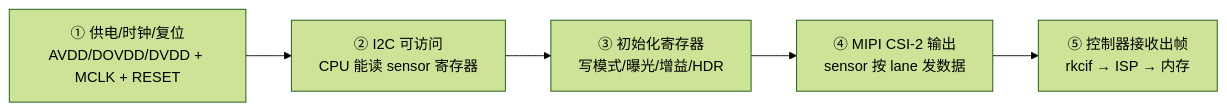
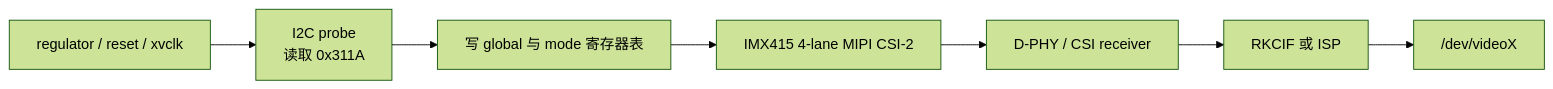
One commit to cdragon-ljl/EEandEdgeAI changed the diagram in docs/articles/video-audio/av-05-sensor-driver-dts-lighting-up-camera.md. Above: the diagram before and after it, drawn with Mermaid (forest theme). The commit also changed other lines of this file and 11 other files, not shown here.

````diff
--- a/docs/articles/video-audio/av-05-sensor-driver-dts-lighting-up-camera.md
+++ b/docs/articles/video-audio/av-05-sensor-driver-dts-lighting-up-camera.md
@@ -24,7 +26,9 @@
 ```mermaid
 flowchart LR
-    A["① 供电/时钟/复位<br>AVDD/DOVDD/DVDD + MCLK + RESET"] --> B["② I2C 可访问<br>CPU 能读 sensor 寄存器"]
-    B --> C["③ 初始化寄存器<br>写模式/曝光/增益/HDR"]
-    C --> D["④ MIPI CSI-2 输出<br>sensor 按 lane 发数据"]
-    D --> E["⑤ 控制器接收出帧<br>rkcif → ISP → 内存"]
+    P[regulator / reset / xvclk] --> I[I2C probe<br>读取 0x311A]
+    I --> S[写 global 与 mode 寄存器表]
+    S --> D[IMX415 4-lane MIPI CSI-2]
+    D --> R[D-PHY / CSI receiver]
+    R --> C[RKCIF 或 ISP]
+    C --> V["/dev/videoX"]
 ```
````
